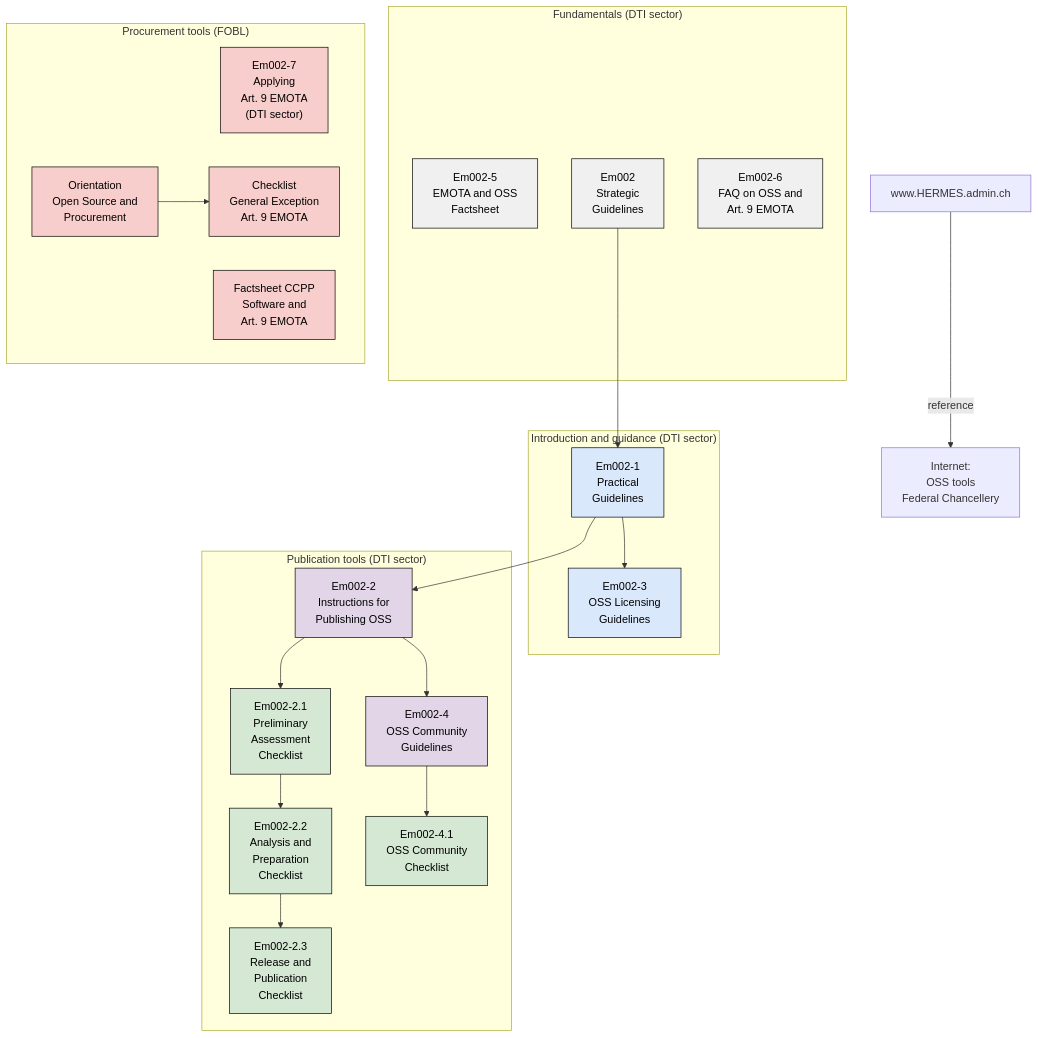
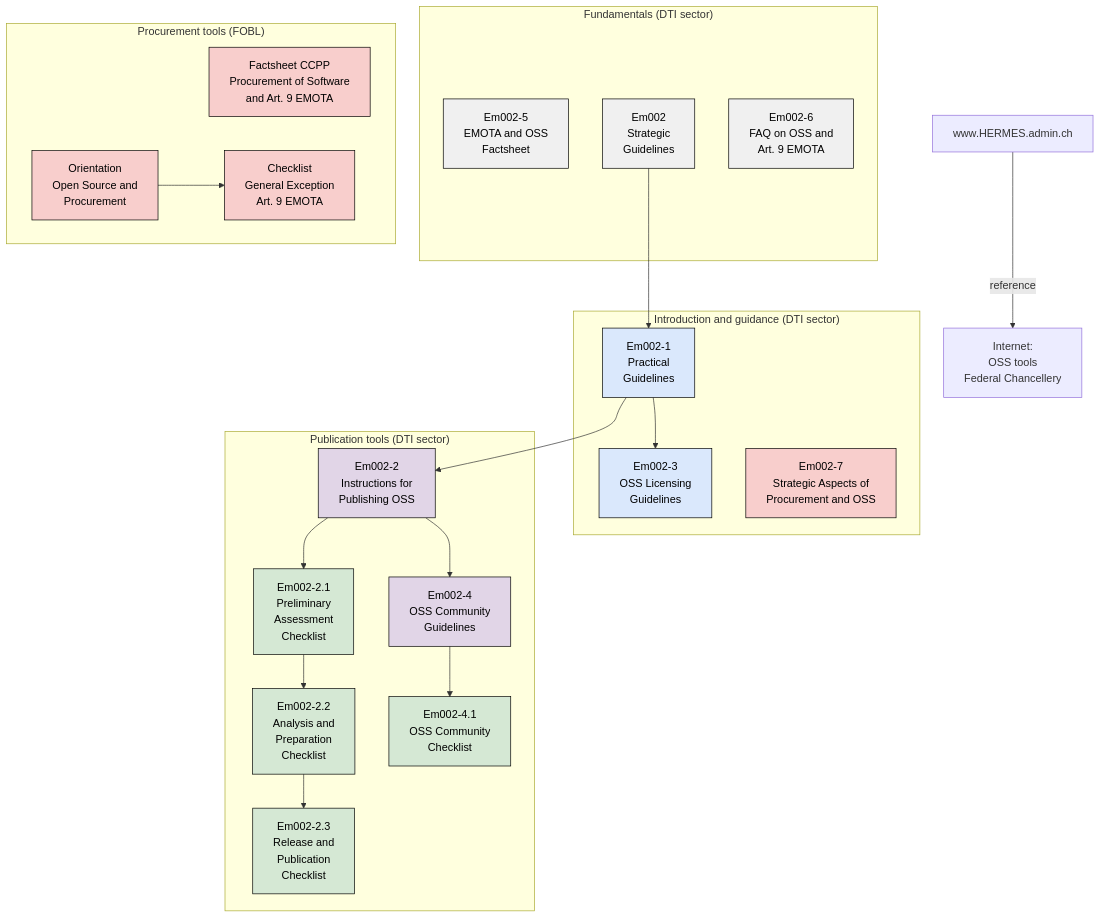
One commit to 736-c41-2c1-e464fc974/opensource-guidelines changed the diagram in docs/partials/document-map.en.adoc. Above: the diagram before and after it, drawn with Mermaid. The commit also changed other lines of this file and 4 other files, not shown here.

```diff
--- a/docs/partials/document-map.en.adoc
+++ b/docs/partials/document-map.en.adoc
@@ -25,55 +28,55 @@
 [mermaid,align="center",alt="Overview of the OSS tools in connection with Art. 9 EMOTA"]
 ....
 flowchart TD
     subgraph FUND["Fundamentals (DTI sector)"]
         EM0025["Em002-5<br/>EMOTA and OSS<br/>Factsheet"]
         EM002["Em002<br/>Strategic<br/>Guidelines"]
         EM0026["Em002-6<br/>FAQ on OSS and<br/>Art. 9 EMOTA"]
     end
 
     subgraph INTRO["Introduction and guidance (DTI sector)"]
         EM0021["Em002-1<br/>Practical<br/>Guidelines"]
         EM0023["Em002-3<br/>OSS Licensing<br/>Guidelines"]
+        EM0027["Em002-7<br/>Strategic Aspects of<br/>Procurement and OSS"]
     end
 
     subgraph PUB["Publication tools (DTI sector)"]
         EM0022["Em002-2<br/>Instructions for<br/>Publishing OSS"]
         EM0024["Em002-4<br/>OSS Community<br/>Guidelines"]
         CL21["Em002-2.1<br/>Preliminary<br/>Assessment<br/>Checklist"]
         CL22["Em002-2.2<br/>Analysis and<br/>Preparation<br/>Checklist"]
         CL23["Em002-2.3<br/>Release and<br/>Publication<br/>Checklist"]
         CL41["Em002-4.1<br/>OSS Community<br/>Checklist"]
     end
 
     subgraph PROC["Procurement tools (FOBL)"]
-        EM0027["Em002-7<br/>Applying<br/>Art. 9 EMOTA<br/>(DTI sector)"]
-        KBB["Factsheet CCPP<br/>Software and<br/>Art. 9 EMOTA"]
+        KBB["Factsheet CCPP<br/>Procurement of Software<br/>and Art. 9 EMOTA"]
         ORI["Orientation<br/>Open Source and<br/>Procurement"]
         CLEX["Checklist<br/>General Exception<br/>Art. 9 EMOTA"]
     end
 
     HERMES["www.HERMES.admin.ch"]
     FCHOSS["Internet:<br/>OSS tools<br/>Federal Chancellery"]
 
     EM002 --> EM0021
     EM0021 --> EM0023
     EM0021 --> EM0022
     EM0022 --> EM0024
     EM0022 --> CL21
     CL21 --> CL22
     CL22 --> CL23
     EM0024 --> CL41
     ORI --> CLEX
     HERMES -->|"reference"| FCHOSS
 
     classDef fund fill:#f0f0f0,stroke:#000000,color:#000000
     classDef intro fill:#dae8fc,stroke:#000000,color:#000000
     classDef pub fill:#e1d5e7,stroke:#000000,color:#000000
     classDef check fill:#d5e8d4,stroke:#000000,color:#000000
     classDef proc fill:#f8cecc,stroke:#000000,color:#000000
     class EM002,EM0025,EM0026 fund
     class EM0021,EM0023 intro
     class EM0022,EM0024 pub
     class CL21,CL22,CL23,CL41 check
     class EM0027,KBB,ORI,CLEX proc
 ....
```
